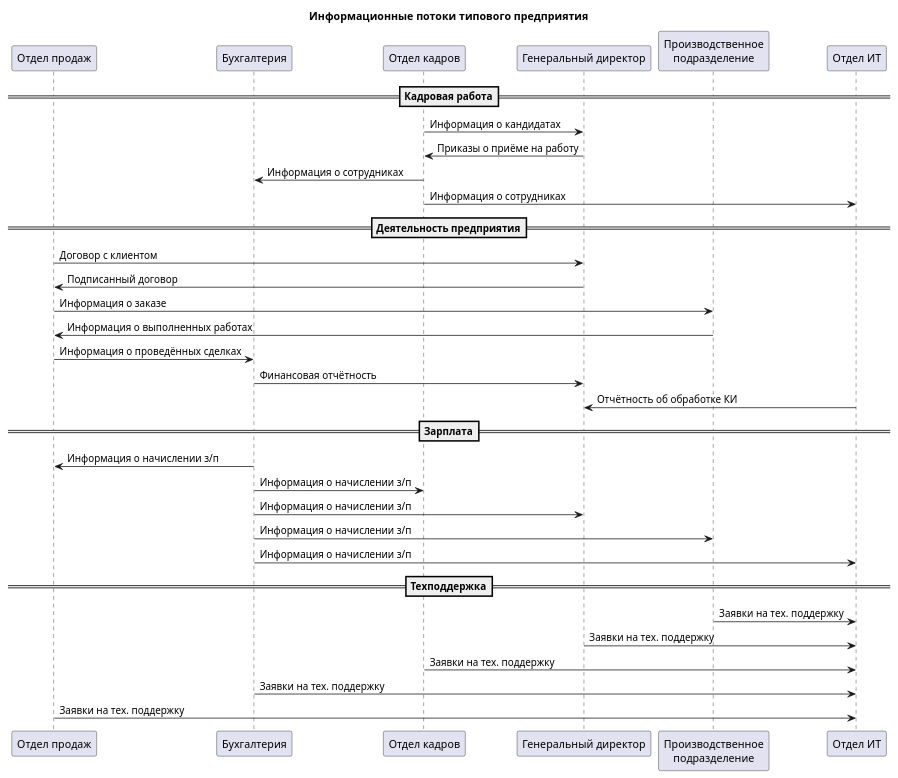
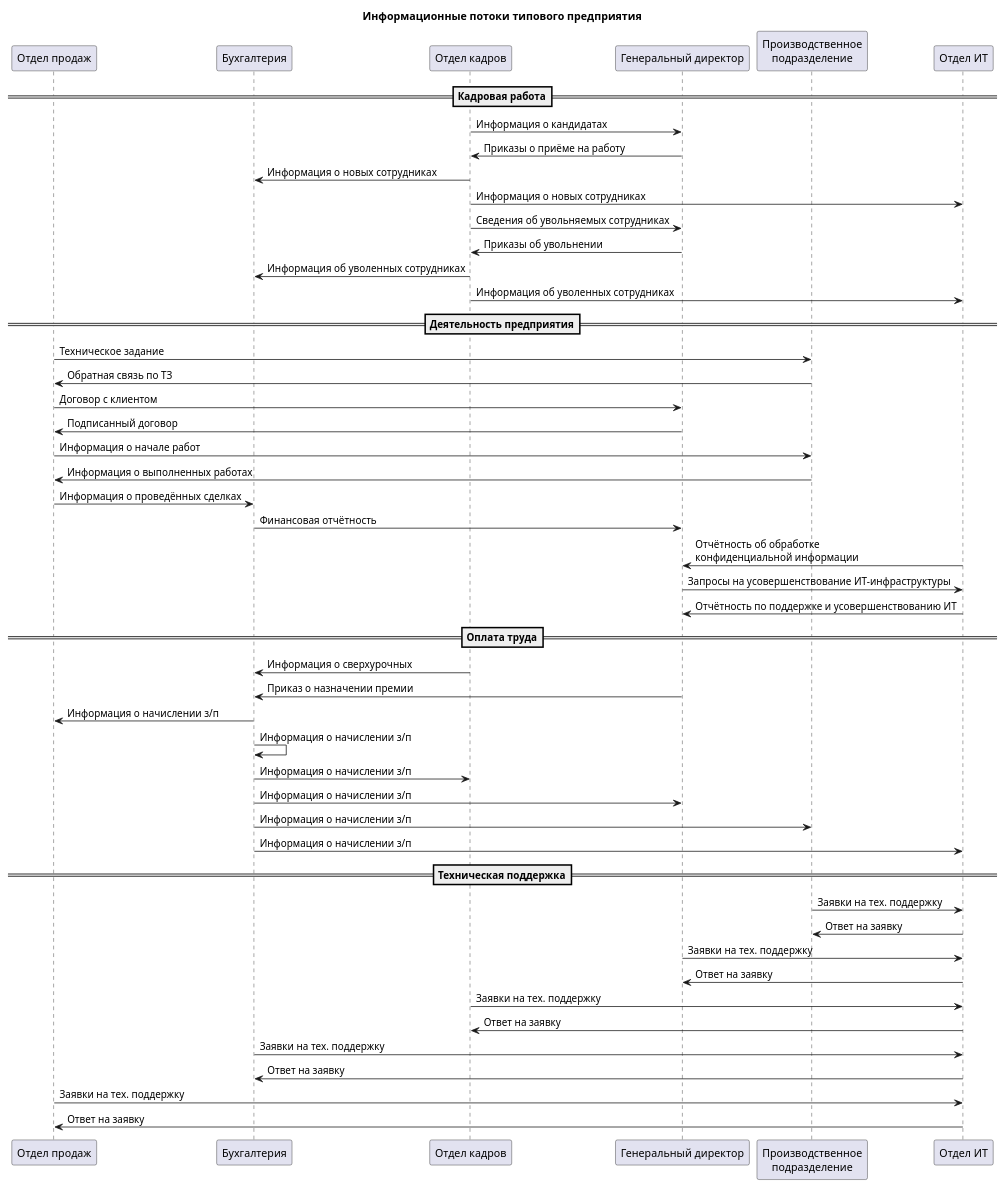
Before and after one commit to baksist/thesis-plantuml-diagrams: the diagram in ifd.puml, drawn with PlantUML.

```diff
--- a/ifd.puml
+++ b/ifd.puml
@@ -1,47 +1,61 @@
 @startuml ifd
 
 title Информационные потоки типового предприятия
 
 participant "Отдел продаж" as sales
 participant "Бухгалтерия" as accounting
 participant "Отдел кадров" as hr
 participant "Генеральный директор" as ceo
 participant "Производственное\nподразделение" as production
 participant "Отдел ИТ" as it
 
 ==Кадровая работа==
 
 hr -> ceo : Информация о кандидатах
 ceo -> hr : Приказы о приёме на работу
-hr -> accounting : Информация о сотрудниках
-hr -> it : Информация о сотрудниках
+hr -> accounting : Информация о новых сотрудниках
+hr -> it : Информация о новых сотрудниках
+hr -> ceo : Сведения об увольняемых сотрудниках
+ceo -> hr : Приказы об увольнении
+hr -> accounting : Информация об уволенных сотрудниках
+hr -> it : Информация об уволенных сотрудниках
 
 ==Деятельность предприятия==
 
+sales -> production : Техническое задание
+production -> sales : Обратная связь по ТЗ
 sales -> ceo : Договор с клиентом
 ceo -> sales : Подписанный договор
-
-sales -> production : Информация о заказе
+sales -> production : Информация о начале работ
 production -> sales : Информация о выполненных работах
 sales -> accounting : Информация о проведённых сделках
+accounting -> ceo : Финансовая отчётность
+it -> ceo : Отчётность об обработке\nконфиденциальной информации
+ceo -> it : Запросы на усовершенствование ИТ-инфраструктуры
+it -> ceo : Отчётность по поддержке и усовершенствованию ИТ
 
-accounting -> ceo : Финансовая отчётность
-it -> ceo : Отчётность об обработке КИ
+==Оплата труда==
 
-==Зарплата==
-
+hr -> accounting : Информация о сверхурочных
+ceo -> accounting : Приказ о назначении премии
 accounting -> sales : Информация о начислении з/п
+accounting -> accounting : Информация о начислении з/п
 accounting -> hr : Информация о начислении з/п
 accounting -> ceo : Информация о начислении з/п
 accounting -> production : Информация о начислении з/п
 accounting -> it : Информация о начислении з/п
 
-==Техподдержка==
+==Техническая поддержка==
 
 production -> it : Заявки на тех. поддержку
+it -> production : Ответ на заявку
 ceo -> it : Заявки на тех. поддержку
+it -> ceo : Ответ на заявку
 hr -> it : Заявки на тех. поддержку
+it -> hr : Ответ на заявку
 accounting -> it : Заявки на тех. поддержку
+it -> accounting : Ответ на заявку
 sales -> it : Заявки на тех. поддержку
+it -> sales : Ответ на заявку
 
 @enduml
```
